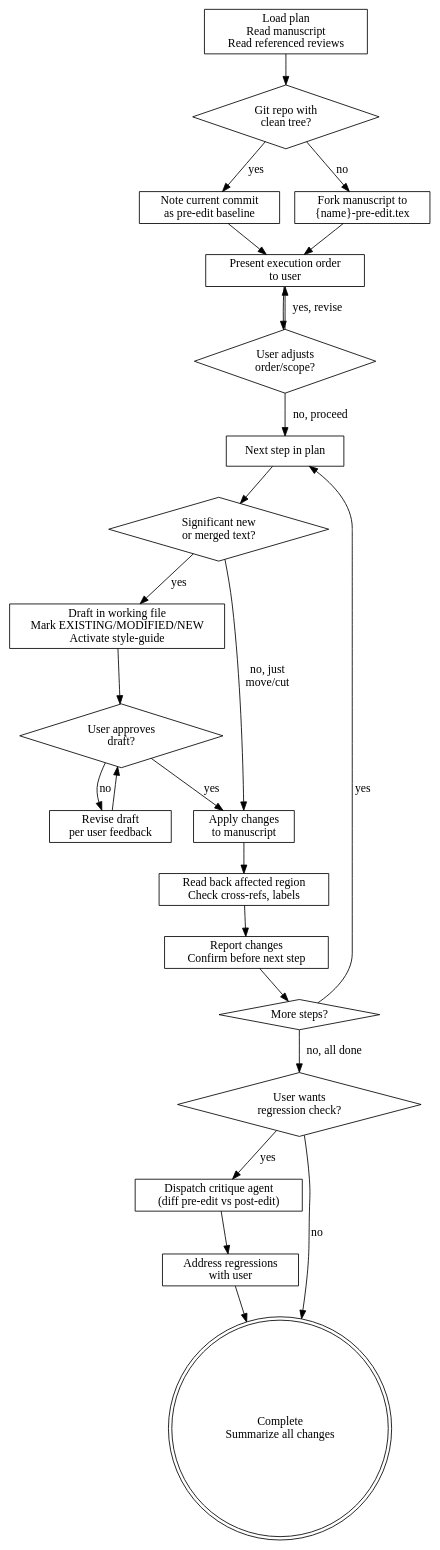
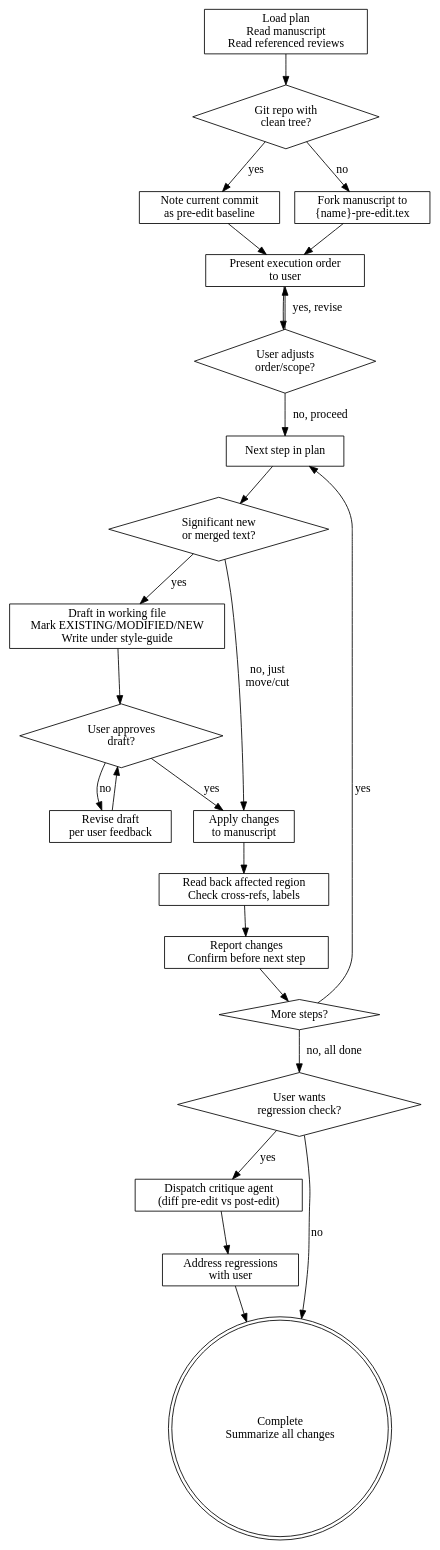
The diagram in manuscript-editing/SKILL.md (ryan-ressmeyer/agent-config), drawn with Graphviz before and after one commit. The commit also changed other lines of this file and 15 other files, not shown here.

````diff
--- a/manuscript-editing/SKILL.md
+++ b/manuscript-editing/SKILL.md
@@ -20,55 +20,55 @@
 ```dot
 digraph manuscript_editing {
     rankdir=TB;
     node [shape=box];
 
     start [label="Load plan\nRead manuscript\nRead referenced reviews"];
     vcs [shape=diamond, label="Git repo with\nclean tree?"];
     git_ok [label="Note current commit\nas pre-edit baseline"];
     no_git [label="Fork manuscript to\n{name}-pre-edit.tex"];
     present [label="Present execution order\nto user"];
     adjust [shape=diamond, label="User adjusts\norder/scope?"];
 
     step [label="Next step in plan"];
     needs_draft [shape=diamond, label="Significant new\nor merged text?"];
-    draft [label="Draft in working file\nMark EXISTING/MODIFIED/NEW\nActivate style-guide"];
+    draft [label="Draft in working file\nMark EXISTING/MODIFIED/NEW\nWrite under style-guide"];
     user_review [shape=diamond, label="User approves\ndraft?"];
     revise_draft [label="Revise draft\nper user feedback"];
     integrate [label="Apply changes\nto manuscript"];
     verify [label="Read back affected region\nCheck cross-refs, labels"];
     report [label="Report changes\nConfirm before next step"];
 
     more [shape=diamond, label="More steps?"];
     regression [shape=diamond, label="User wants\nregression check?"];
     critique [label="Dispatch critique agent\n(diff pre-edit vs post-edit)"];
     fix [label="Address regressions\nwith user"];
     done [shape=doublecircle, label="Complete\nSummarize all changes"];
 
     start -> vcs;
     vcs -> git_ok [label="yes"];
     vcs -> no_git [label="no"];
     git_ok -> present;
     no_git -> present;
     present -> adjust;
     adjust -> present [label="yes, revise"];
     adjust -> step [label="no, proceed"];
 
     step -> needs_draft;
     needs_draft -> draft [label="yes"];
     needs_draft -> integrate [label="no, just\nmove/cut"];
     draft -> user_review;
     user_review -> revise_draft [label="no"];
     revise_draft -> user_review;
     user_review -> integrate [label="yes"];
     integrate -> verify;
     verify -> report;
     report -> more;
 
     more -> step [label="yes"];
     more -> regression [label="no, all done"];
     regression -> critique [label="yes"];
     regression -> done [label="no"];
     critique -> fix;
     fix -> done;
 }
 ```
````
